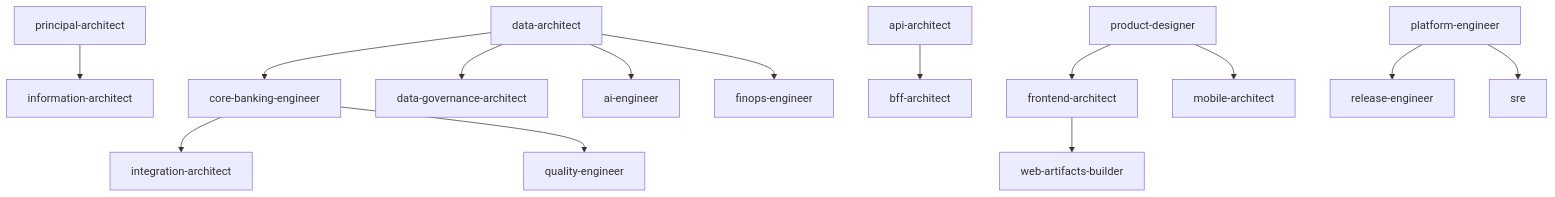
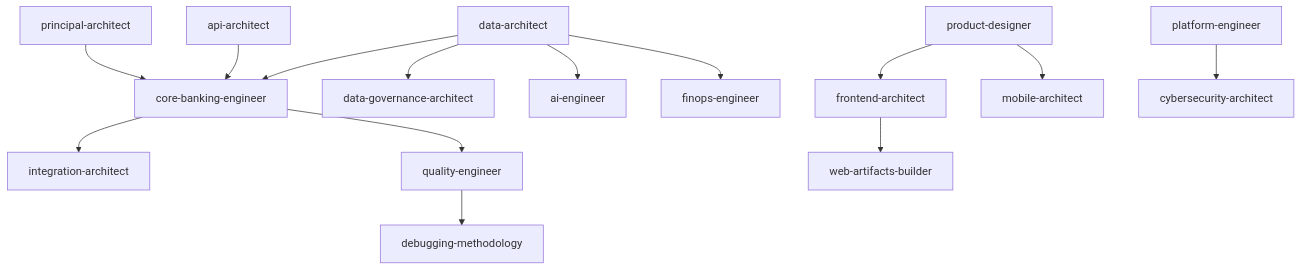
The diagram in docs/guides/AGENT_SKILLS_GUIDE.md (fajjarnr/payu), drawn with Mermaid before and after one commit. The commit also changed other lines of this file and 160 other files, not shown here.

````diff
--- a/docs/guides/AGENT_SKILLS_GUIDE.md
+++ b/docs/guides/AGENT_SKILLS_GUIDE.md
@@ -53,16 +58,16 @@
 ```mermaid
 graph TD
-    PA[principal-architect] --> IA[information-architect]
-    DA[data-architect] --> CBE[core-banking-engineer]
+    PA[principal-architect] --> CBE[core-banking-engineer]
+    DA[data-architect] --> CBE
     DA --> DGA[data-governance-architect]
     DA --> AI[ai-engineer]
     DA --> FE[finops-engineer]
     CBE --> INT[integration-architect]
     CBE --> QE[quality-engineer]
-    API[api-architect] --> BFF[bff-architect]
+    API[api-architect] --> CBE
     PD[product-designer] --> FA[frontend-architect]
     PD --> MA[mobile-architect]
     FA --> WAB[web-artifacts-builder]
-    PE[platform-engineer] --> RE[release-engineer]
-    PE --> SRE[sre]
+    PE[platform-engineer] --> CS[cybersecurity-architect]
+    QE --> DBG[debugging-methodology]
 ```
````
